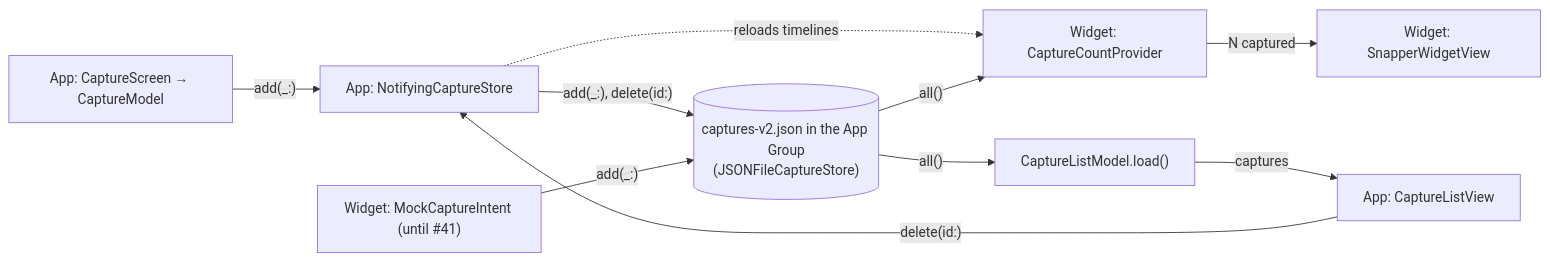
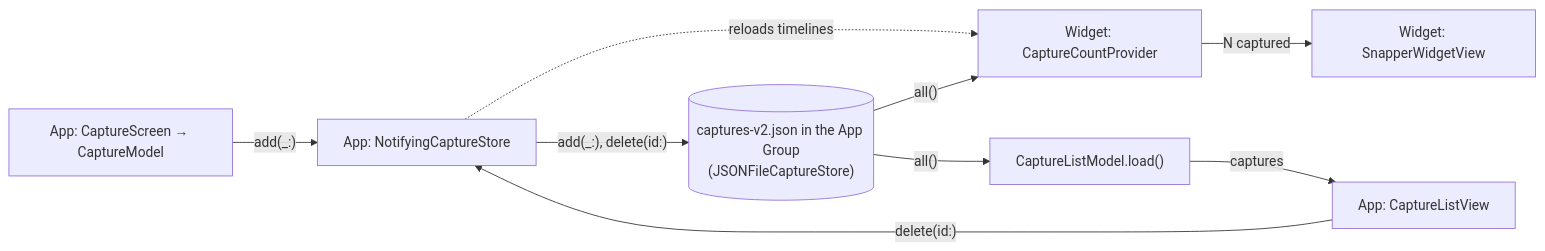
One commit to southp/buffer-snap changed the second of 4 diagrams in docs/architecture.md. Above: the diagram before and after it, drawn with Mermaid. The commit also changed other lines of this file and 1 other file, not shown here.

First line of the commit message:
Docs: Describe the control and widgets that open the capture screen

````diff
--- a/docs/architecture.md
+++ b/docs/architecture.md
@@ -74,12 +79,11 @@
 ```mermaid
 flowchart LR
     Capture["App: CaptureScreen → CaptureModel"] -->|"add(_:)"| Notifying["App: NotifyingCaptureStore"]
     Delete["App: CaptureListView"] -->|"delete(id:)"| Notifying
     Notifying -->|"add(_:), delete(id:)"| Store[("captures-v2.json in the App Group<br/>(JSONFileCaptureStore)")]
     Notifying -.->|"reloads timelines"| Timeline["Widget: CaptureCountProvider"]
-    Intent["Widget: MockCaptureIntent (until #41)"] -->|"add(_:)"| Store
     Store -->|"all()"| Timeline
     Timeline -->|"N captured"| Face["Widget: SnapperWidgetView"]
     Store -->|"all()"| List["CaptureListModel.load()"]
     List -->|captures| Delete
 ```
````
